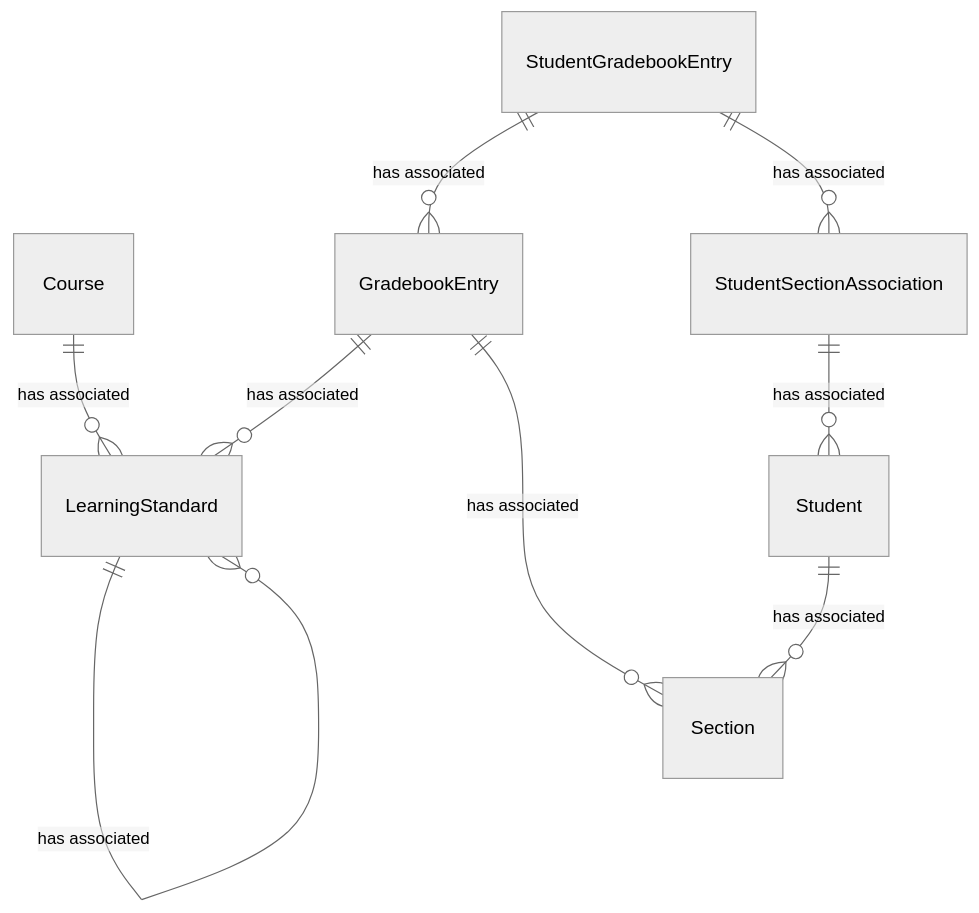
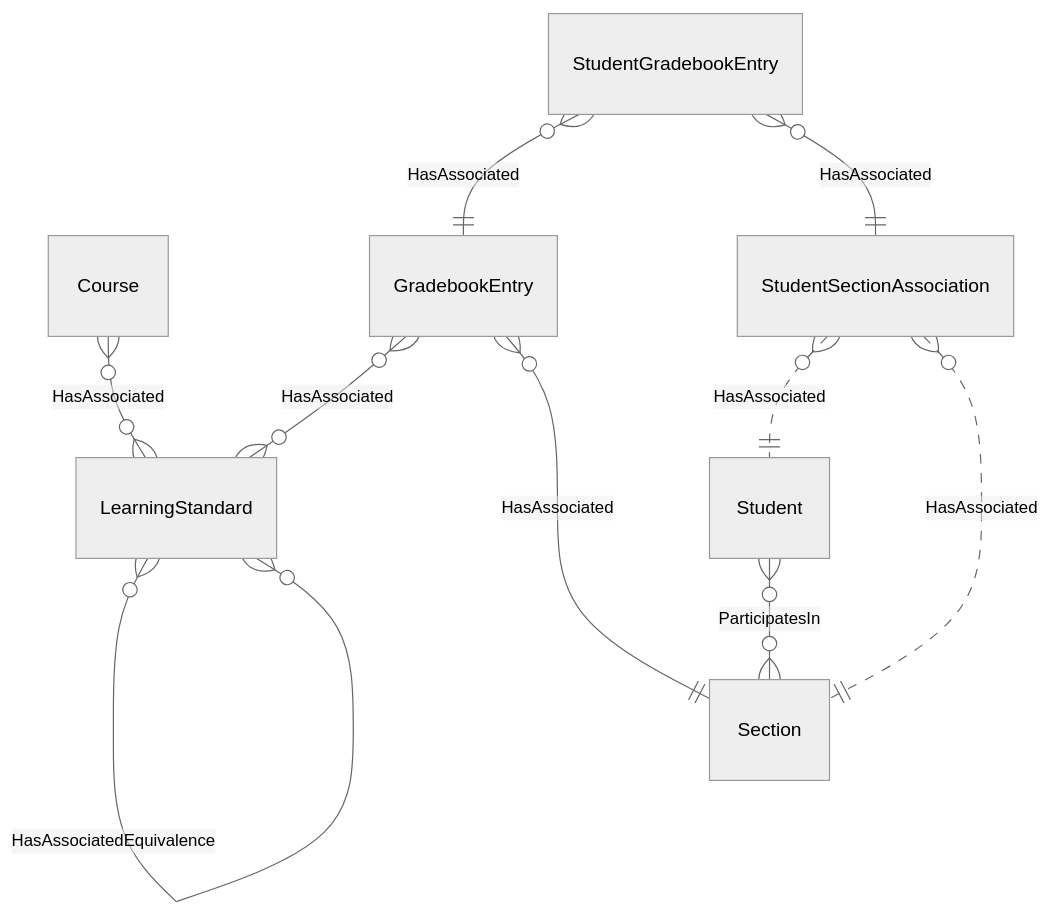
One commit to Ed-Fi-Alliance-OSS/ed-fi-alliance-oss.github.io changed the diagram in dataStandard_versioned_docs/version-6/model-reference/student-academic-record-domain/StudentAcademicRecord-Gradebook-simple.mmd. Above: the diagram before and after it, drawn with Mermaid (neutral theme). The commit also changed 67 other files, not shown here.

First line of the commit message:
Updated .mmd diagrams with adjusted relationships based on DATASTD-2596

```diff
--- a/dataStandard_versioned_docs/version-6/model-reference/student-academic-record-domain/StudentAcademicRecord-Gradebook-simple.mmd
+++ b/dataStandard_versioned_docs/version-6/model-reference/student-academic-record-domain/StudentAcademicRecord-Gradebook-simple.mmd
@@ -1,23 +1,25 @@
 erDiagram
     Course {
     }
     LearningStandard {
     }
     GradebookEntry {
     }
     StudentGradebookEntry {
     }
     StudentSectionAssociation {
     }
     Section {
     }
     Student {
     }
-    Course ||--o{ LearningStandard : "has associated"
-    LearningStandard ||--o{ LearningStandard : "has associated"
-    GradebookEntry ||--o{ LearningStandard : "has associated"
-    GradebookEntry ||--o{ Section : "has associated"
-    StudentGradebookEntry ||--o{ GradebookEntry : "has associated"
-    StudentGradebookEntry ||--o{ StudentSectionAssociation : "has associated"
-    StudentSectionAssociation ||--o{ Student : "has associated"
-    Student ||--o{ Section : "has associated"
+    Course }o--o{ LearningStandard : "HasAssociated"
+    Student }o--o{ Section : "ParticipatesIn"
+    LearningStandard }o--o| LearningStandard : "HasFunctionalComponent"
+    LearningStandard }o--o{ LearningStandard : "HasAssociatedEquivalence"
+    GradebookEntry }o--o{ LearningStandard : "HasAssociated"
+    GradebookEntry }o--|| Section : "HasAssociated"
+    StudentGradebookEntry }o--|| GradebookEntry : "HasAssociated"
+    StudentGradebookEntry }o--|| StudentSectionAssociation : "HasAssociated"
+    StudentSectionAssociation }o..|| Student : "HasAssociated"
+    StudentSectionAssociation }o..|| Section : "HasAssociated"
```
